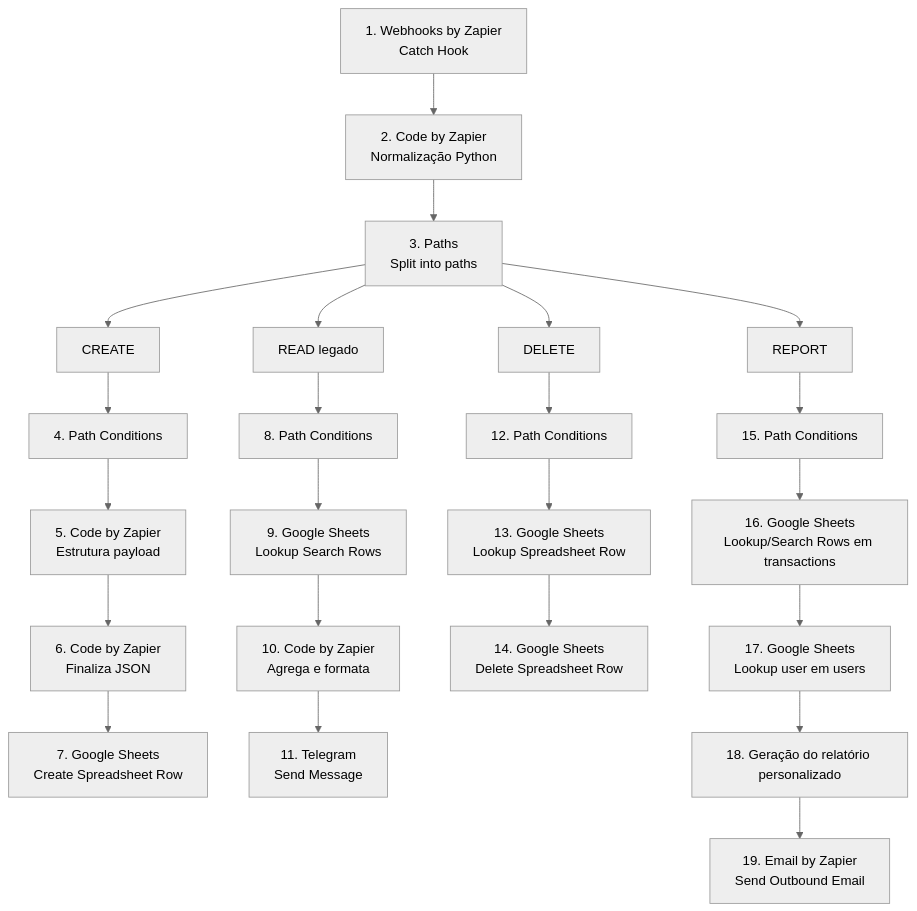
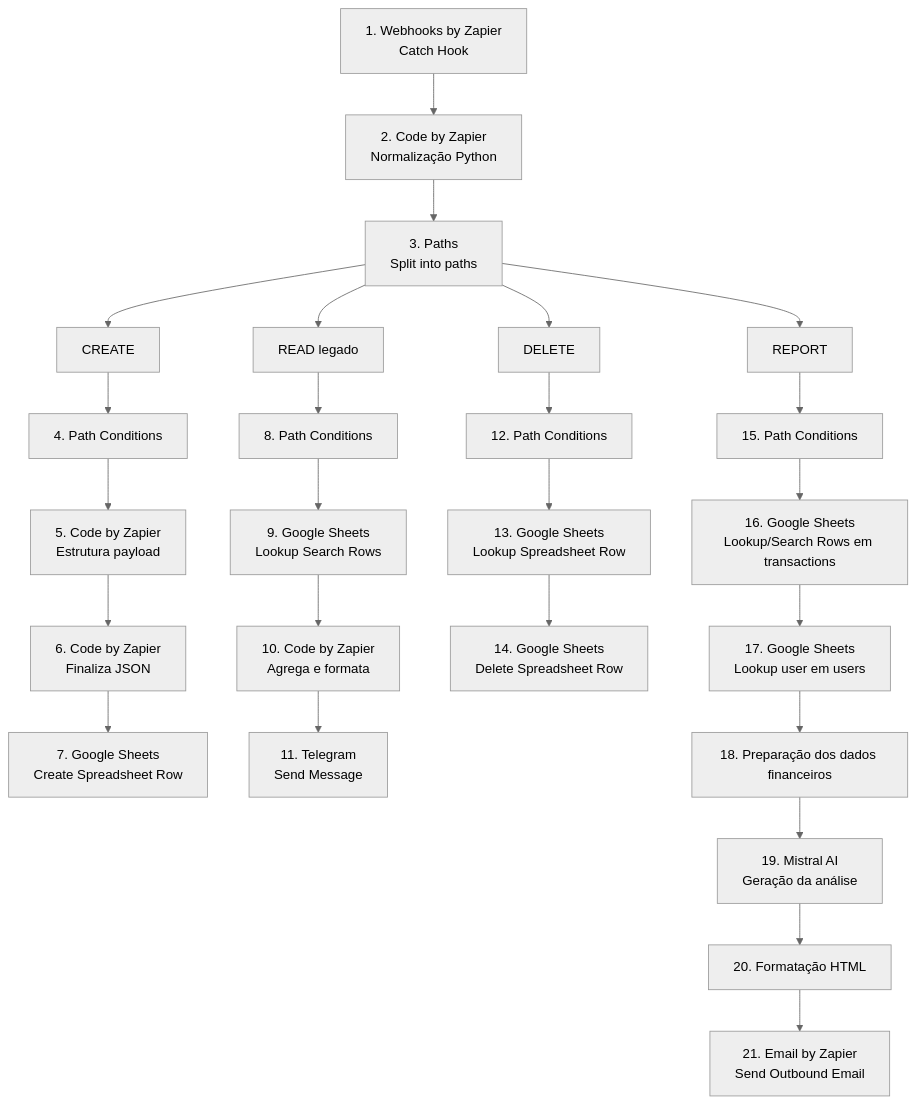
The second of 3 diagrams in README.md (joaa0/FinLeo), drawn with Mermaid (neutral theme) before and after one commit. The commit also changed other lines of this file and 2 other files, not shown here.

````diff
--- a/README.md
+++ b/README.md
@@ -50,29 +60,31 @@
 ```mermaid
 graph TD
     A[1. Webhooks by Zapier<br/>Catch Hook] --> B[2. Code by Zapier<br/>Normalização Python]
     B --> C[3. Paths<br/>Split into paths]
 
     C --> D[CREATE]
     D --> D1[4. Path Conditions]
     D1 --> D2[5. Code by Zapier<br/>Estrutura payload]
     D2 --> D3[6. Code by Zapier<br/>Finaliza JSON]
     D3 --> D4[7. Google Sheets<br/>Create Spreadsheet Row]
 
     C --> E[READ legado]
     E --> E1[8. Path Conditions]
     E1 --> E2[9. Google Sheets<br/>Lookup Search Rows]
     E2 --> E3[10. Code by Zapier<br/>Agrega e formata]
     E3 --> E4[11. Telegram<br/>Send Message]
 
     C --> F[DELETE]
     F --> F1[12. Path Conditions]
     F1 --> F2[13. Google Sheets<br/>Lookup Spreadsheet Row]
     F2 --> F3[14. Google Sheets<br/>Delete Spreadsheet Row]
 
     C --> G[REPORT]
     G --> G1[15. Path Conditions]
     G1 --> G2[16. Google Sheets<br/>Lookup/Search Rows em transactions]
     G2 --> G3[17. Google Sheets<br/>Lookup user em users]
-    G3 --> G4[18. Geração do relatório personalizado]
-    G4 --> G5[19. Email by Zapier<br/>Send Outbound Email]
+    G3 --> G4[18. Preparação dos dados financeiros]
+    G4 --> G5[19. Mistral AI<br/>Geração da análise]
+    G5 --> G6[20. Formatação HTML]
+    G6 --> G7[21. Email by Zapier<br/>Send Outbound Email]
 ```
````
